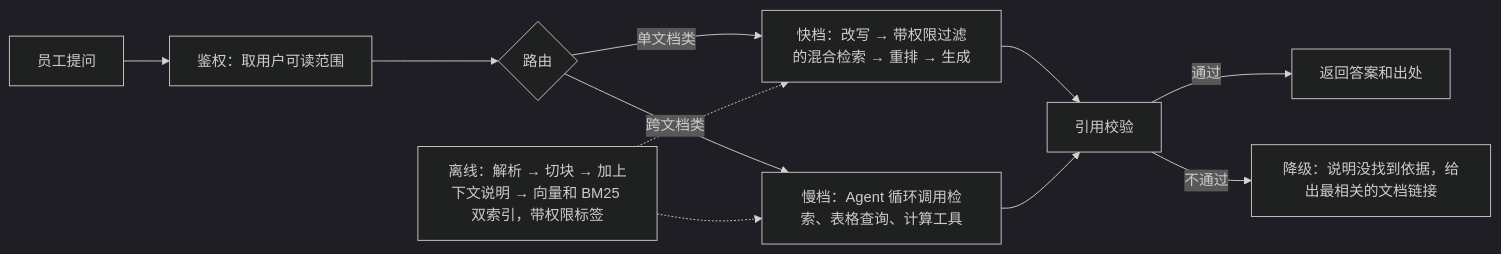
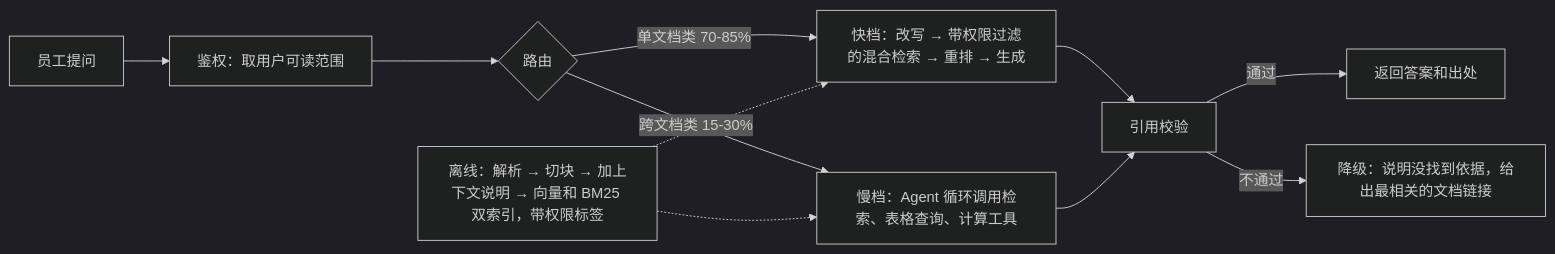
Before and after one commit to jyniki/agent-interview-kb: the diagram in kb/design/01-enterprise-kb-qa/README.md, drawn with Mermaid (dark theme). The commit also changed other lines of this file and 10 other files, not shown here.

````diff
--- a/kb/design/01-enterprise-kb-qa/README.md
+++ b/kb/design/01-enterprise-kb-qa/README.md
@@ -42,13 +151,13 @@
 ```mermaid
 flowchart LR
     U[员工提问] --> A[鉴权：取用户可读范围]
     A --> R{路由}
-    R -->|单文档类| F[快档：改写 → 带权限过滤的混合检索 → 重排 → 生成]
-    R -->|跨文档类| S[慢档：Agent 循环调用检索、表格查询、计算工具]
+    R -->|"单文档类 70-85%"| F[快档：改写 → 带权限过滤的混合检索 → 重排 → 生成]
+    R -->|"跨文档类 15-30%"| S[慢档：Agent 循环调用检索、表格查询、计算工具]
     F --> V[引用校验]
     S --> V
     V -->|通过| O[返回答案和出处]
     V -->|不通过| N[降级：说明没找到依据，给出最相关的文档链接]
     I[离线：解析 → 切块 → 加上下文说明 → 向量和 BM25 双索引，带权限标签] -.-> F
     I -.-> S
 ```
````
